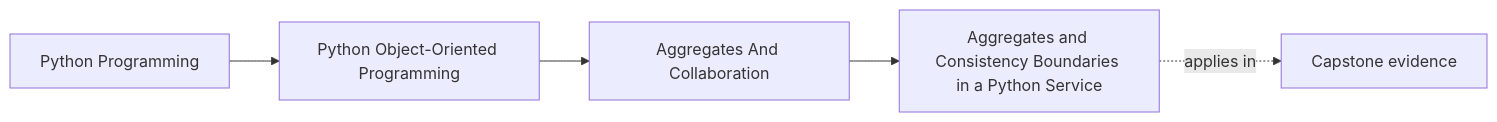
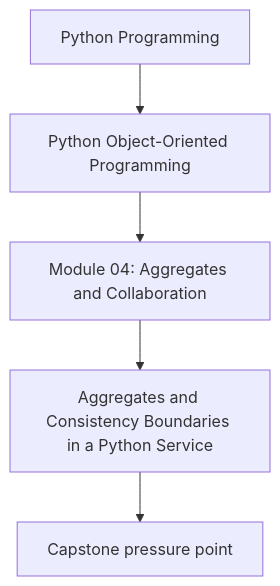
The first of 2 diagrams in programs/python-programming/python-object-oriented-programming/course-book/module-04-aggregates-and-collaboration/aggregates-and-consistency-boundaries.md (bijux/bijux-masterclass), drawn with Mermaid before and after one commit. The commit also changed other lines of this file and 107 other files, not shown here.

Commit message:
docs(python-object-oriented-programming): align concept page diagrams

````diff
--- a/programs/python-programming/python-object-oriented-programming/course-book/module-04-aggregates-and-collaboration/aggregates-and-consistency-boundaries.md
+++ b/programs/python-programming/python-object-oriented-programming/course-book/module-04-aggregates-and-collaboration/aggregates-and-consistency-boundaries.md
@@ -7,11 +7,7 @@
 ```mermaid
-graph LR
-  family["Python Programming"]
-  program["Python Object-Oriented Programming"]
-  section["Aggregates And Collaboration"]
-  page["Aggregates and Consistency Boundaries in a Python Service"]
-  capstone["Capstone evidence"]
-
-  family --> program --> section --> page
-  page -.applies in.-> capstone
+flowchart TD
+  family["Python Programming"] --> program["Python Object-Oriented Programming"]
+  program --> module["Module 04: Aggregates and Collaboration"]
+  module --> concept["Aggregates and Consistency Boundaries in a Python Service"]
+  concept --> capstone["Capstone pressure point"]
 ```
````
